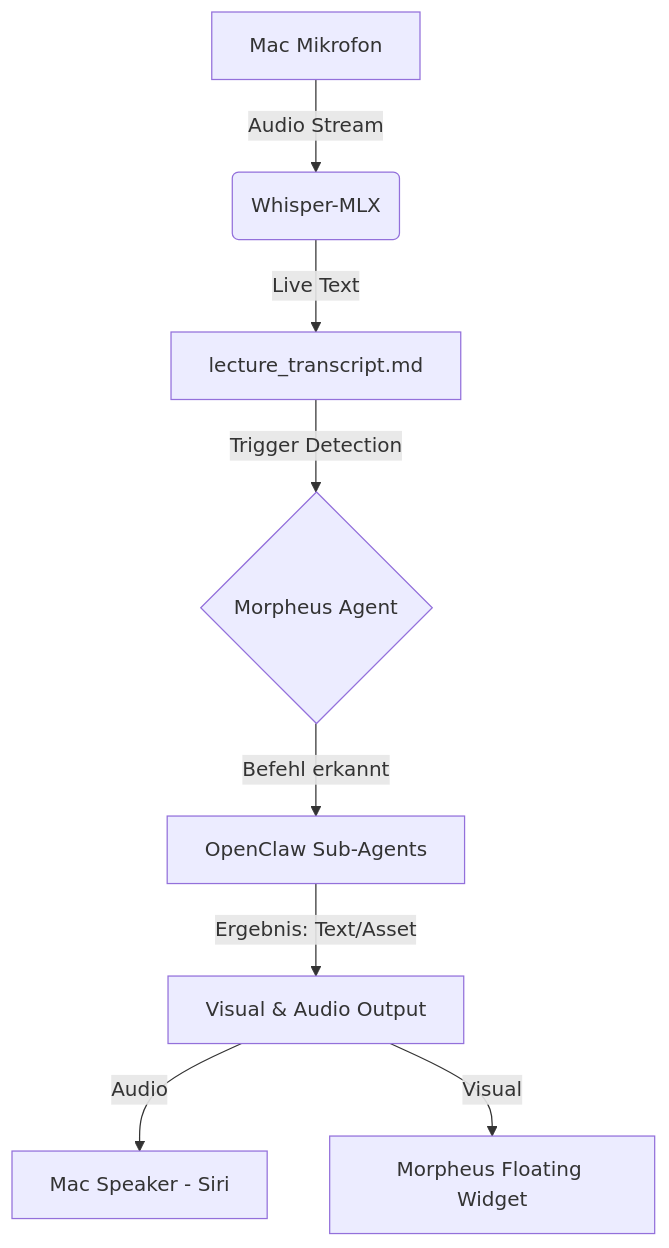
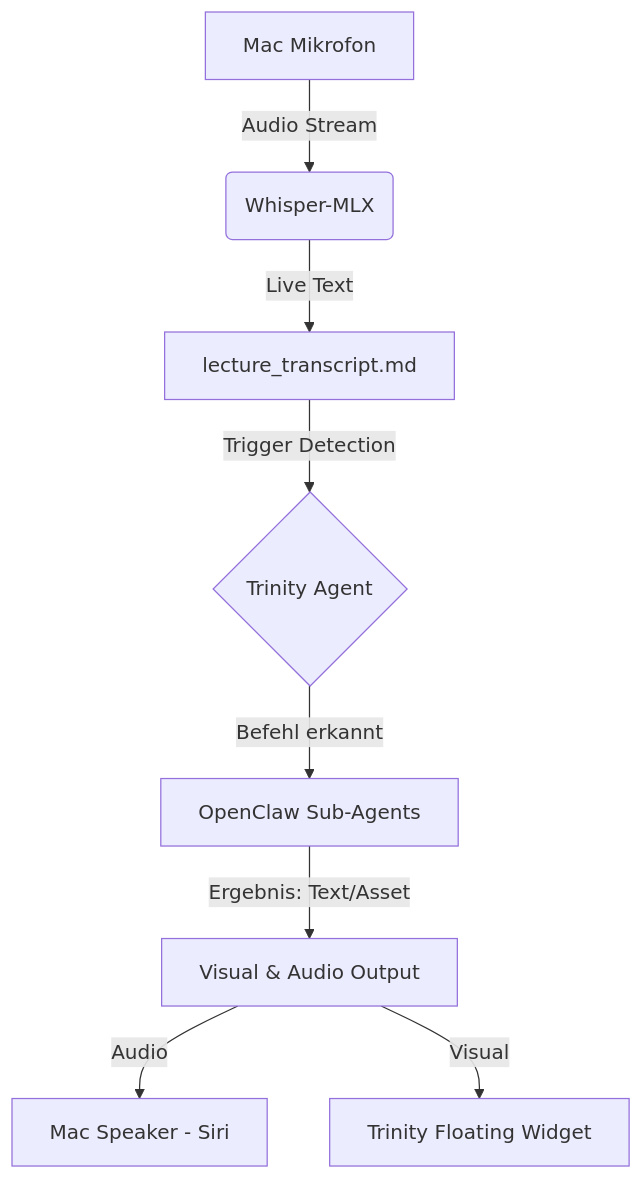
The diagram in docs/trinity-blueprint.md (ProfEngel/TrinityLectureAssisitant), drawn with Mermaid before and after one commit. The commit also changed other lines of this file and 11 other files, not shown here.

````diff
--- a/docs/trinity-blueprint.md
+++ b/docs/trinity-blueprint.md
@@ -22,10 +22,10 @@
 ```mermaid
 graph TD
     A[Mac Mikrofon] -->|Audio Stream| B(Whisper-MLX)
     B -->|Live Text| C[lecture_transcript.md]
-    C -->|Trigger Detection| D{Morpheus Agent}
+    C -->|Trigger Detection| D{Trinity Agent}
     D -->|Befehl erkannt| E[OpenClaw Sub-Agents]
     E -->|Ergebnis: Text/Asset| F[Visual & Audio Output]
     F -->|Audio| G[Mac Speaker - Siri]
-    F -->|Visual| H[Morpheus Floating Widget]
+    F -->|Visual| H[Trinity Floating Widget]
 ```
````
